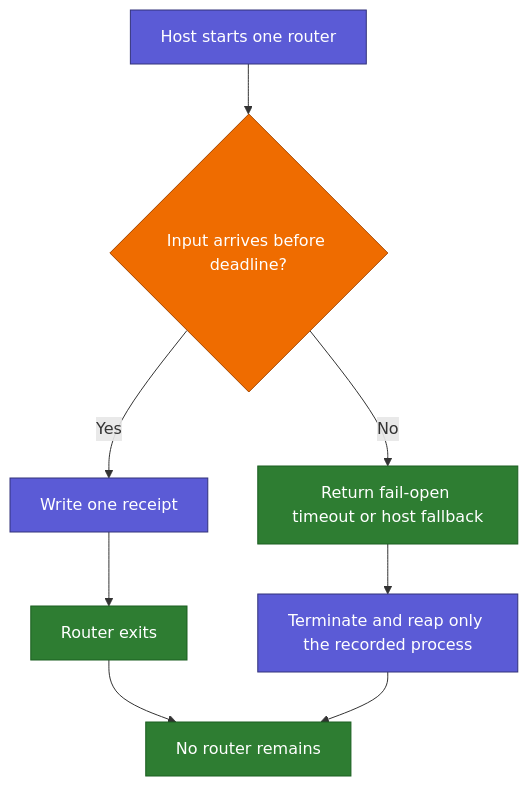
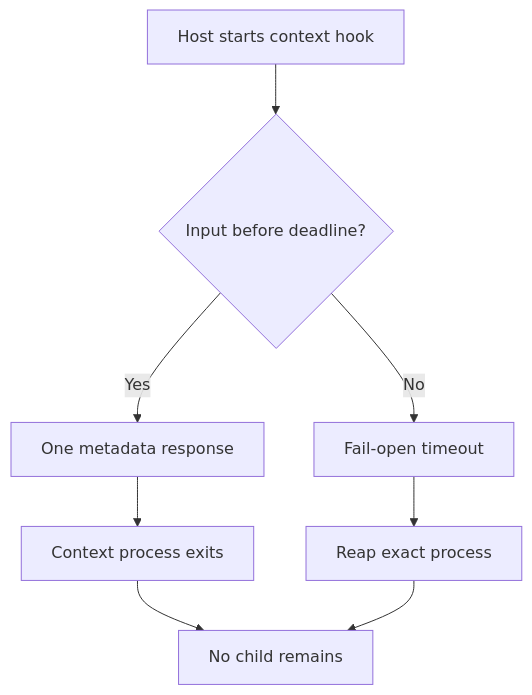
The second of 2 diagrams in docs/human/05_SPEED_AND_TROUBLESHOOTING.md (geekybobz/skills_ai), drawn with Mermaid before and after one commit. The commit also changed other lines of this file and 173 other files, not shown here.

````diff
--- a/docs/human/05_SPEED_AND_TROUBLESHOOTING.md
+++ b/docs/human/05_SPEED_AND_TROUBLESHOOTING.md
@@ -75,17 +68,10 @@
 ```mermaid
 flowchart TD
-    START["Host starts one router"] --> INPUT{"Input arrives before deadline?"}
-    INPUT -- "No" --> TIMEOUT["Return fail-open timeout or host fallback"]
-    INPUT -- "Yes" --> ROUTE["Write one receipt"]
-    ROUTE --> EXIT["Router exits"]
-    TIMEOUT --> REAP["Terminate and reap only the recorded process"]
-    EXIT --> CLOSED["No router remains"]
-    REAP --> CLOSED
-
-    classDef action fill:#5B5BD6,color:#fff,stroke:#32327A
-    classDef decision fill:#EF6C00,color:#fff,stroke:#A64700
-    classDef safe fill:#2E7D32,color:#fff,stroke:#1B5E20
-    class START,ROUTE,REAP action
-    class INPUT decision
-    class TIMEOUT,EXIT,CLOSED safe
+    H["Host starts context hook"] --> I{"Input before deadline?"}
+    I -- "No" --> F["Fail-open timeout"]
+    I -- "Yes" --> R["One metadata response"]
+    R --> X["Context process exits"]
+    F --> P["Reap exact process"]
+    X --> D["No child remains"]
+    P --> D
 ```
````
